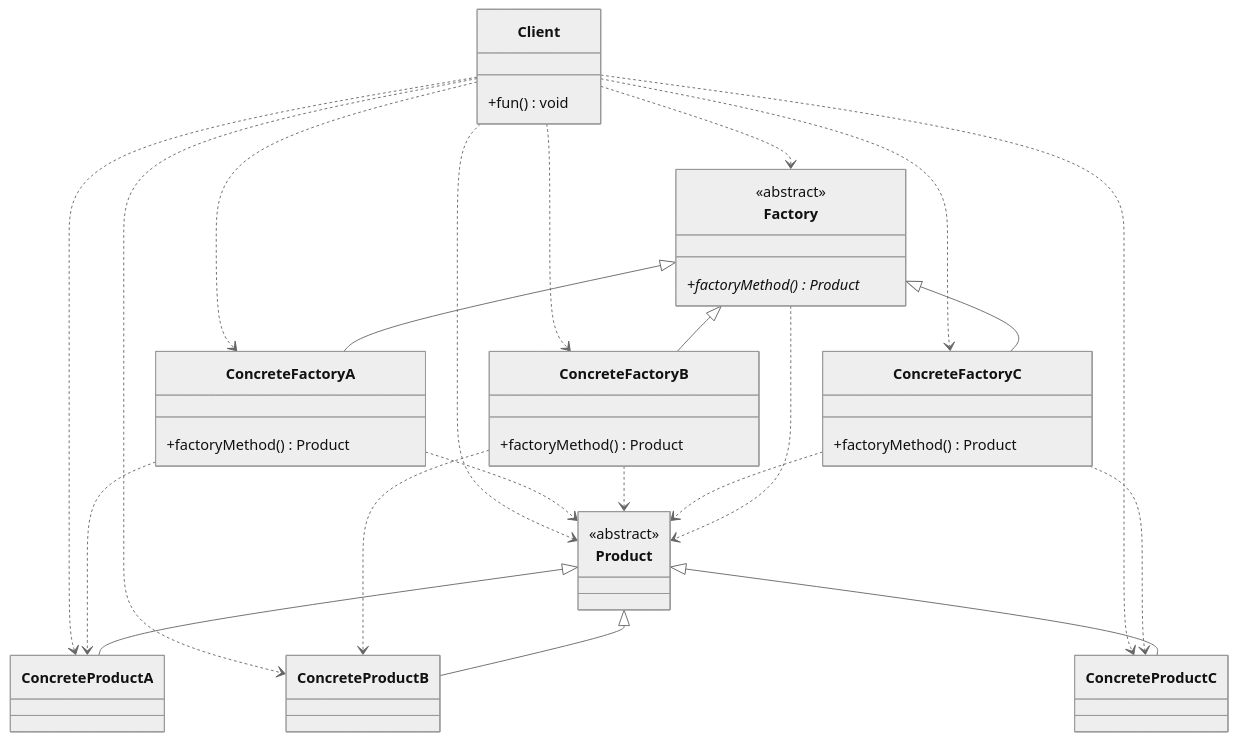
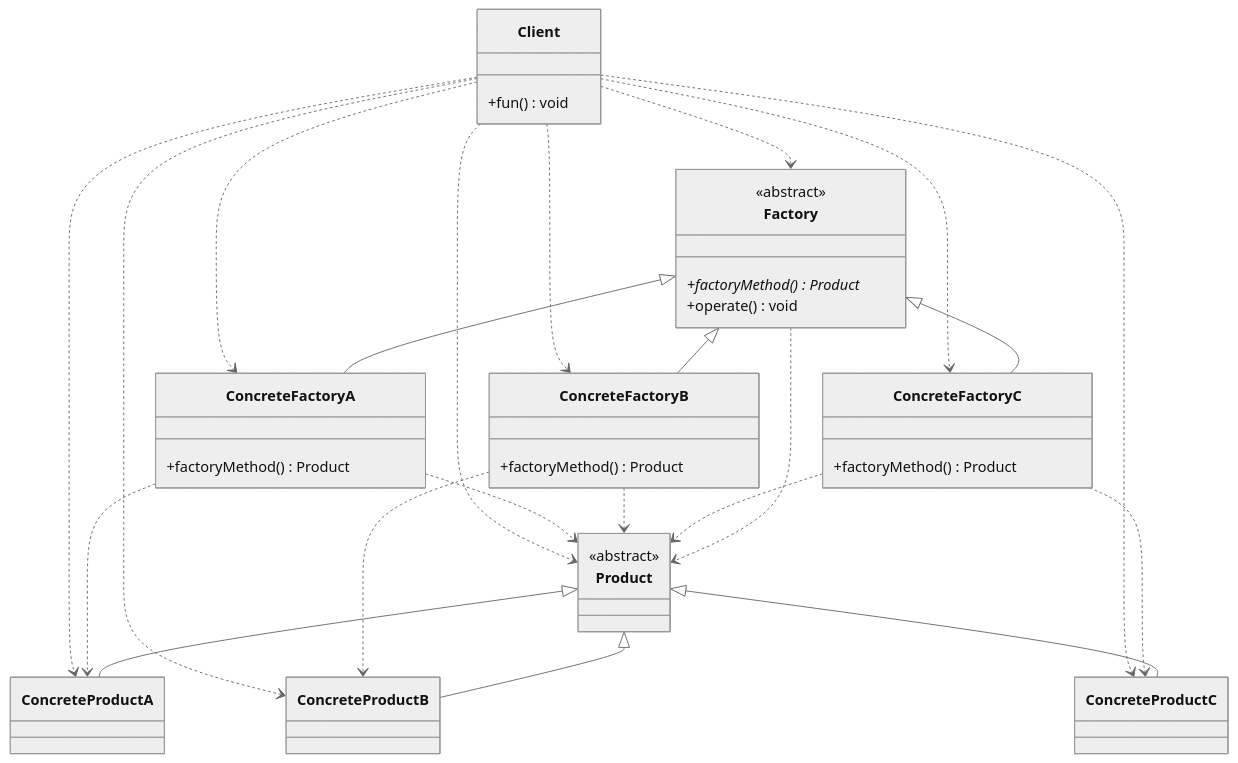
One commit to lingwh1995/books changed diagram 19 of 22 in general/designpattern/designpattern-java/designpattern-java.md. Above: the diagram before and after it, drawn with Mermaid (neutral theme). The commit also changed other lines of this file, not shown here.

````diff
--- a/general/designpattern/designpattern-java/designpattern-java.md
+++ b/general/designpattern/designpattern-java/designpattern-java.md
@@ -1101,49 +1062,50 @@
 ```mermaid
 classDiagram
     Client ..> Product
     Client ..> Factory
     Client ..> ConcreteProductA
     Client ..> ConcreteProductB
     Client ..> ConcreteProductC
     Client ..> ConcreteFactoryA
     Client ..> ConcreteFactoryB
     Client ..> ConcreteFactoryC
     ConcreteFactoryA ..> Product
     ConcreteFactoryA ..> ConcreteProductA
     ConcreteFactoryB ..> Product
     ConcreteFactoryB ..> ConcreteProductB
     ConcreteFactoryC ..> Product
     ConcreteFactoryC ..> ConcreteProductC
     Product <|-- ConcreteProductA
     Product <|-- ConcreteProductB
     Product <|-- ConcreteProductC
     Factory <|-- ConcreteFactoryA
     Factory <|-- ConcreteFactoryB
     Factory <|-- ConcreteFactoryC
     Factory ..> Product
     class Product {
     }
     class ConcreteProductA {
     }
     class ConcreteProductB {
     }
     class ConcreteProductC {
     }
     class Factory {
         +factoryMethod()* Product
+        +operate() void
     }
     class ConcreteFactoryA {
         +factoryMethod() Product
     }
     class ConcreteFactoryB {
         +factoryMethod() Product
     }
     class ConcreteFactoryC {
         +factoryMethod() Product
     }
     class Client {
         +fun() void
     }
     <<abstract>> Product
     <<abstract>> Factory
 ```
````
